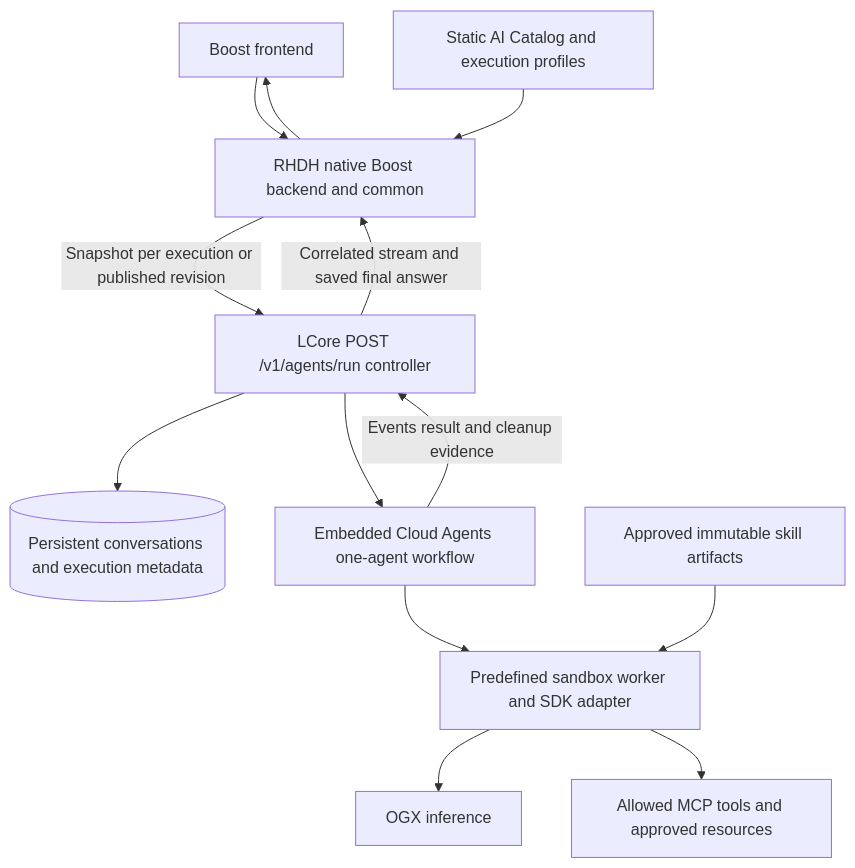
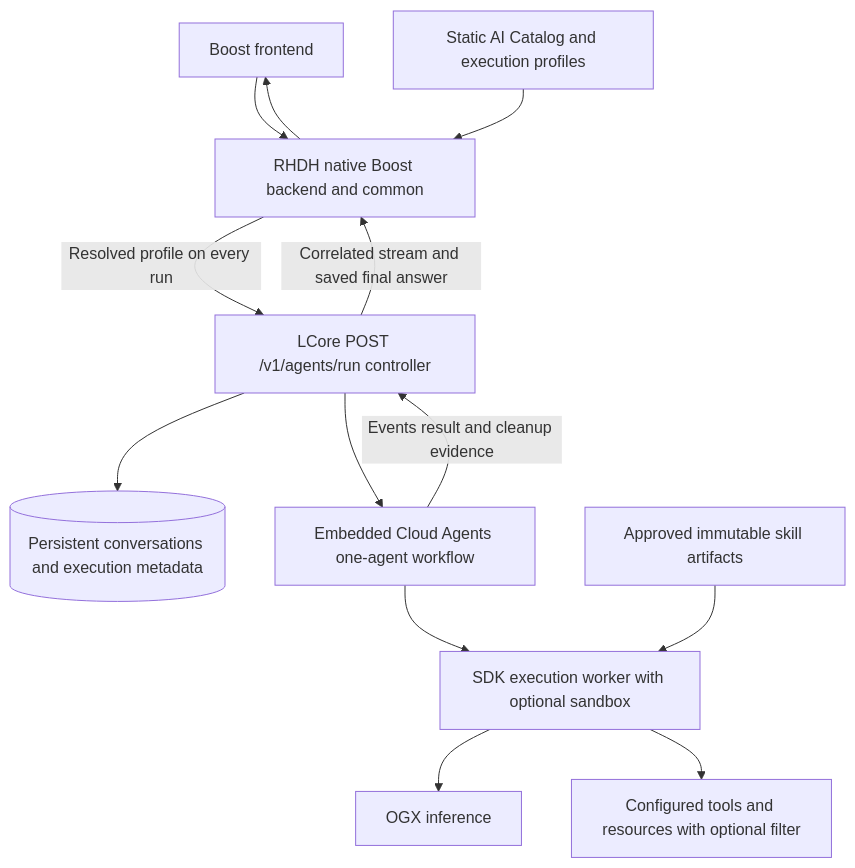
One commit to yangcao77/rhdh-agentic-chat-interface-design changed the diagram in diagrams/architecture.md. Above: the diagram before and after it, drawn with Mermaid. The commit also changed other lines of this file and 12 other files, not shown here.

````diff
--- a/diagrams/architecture.md
+++ b/diagrams/architecture.md
@@ -5,15 +5,15 @@
 ```mermaid
 flowchart TD
   UI[Boost frontend] --> R[RHDH native Boost backend and common]
   C[Static AI Catalog and execution profiles] --> R
-  R -->|Snapshot per execution or published revision| L[LCore POST /v1/agents/run controller]
+  R -->|Resolved profile on every run| L[LCore POST /v1/agents/run controller]
   L --> H[(Persistent conversations and execution metadata)]
   L --> W[Embedded Cloud Agents one-agent workflow]
-  W --> S[Predefined sandbox worker and SDK adapter]
+  W --> S[SDK execution worker with optional sandbox]
   S --> O[OGX inference]
-  S --> M[Allowed MCP tools and approved resources]
+  S --> M[Configured tools and resources with optional filter]
   A[Approved immutable skill artifacts] --> S
   W -->|Events result and cleanup evidence| L
   L -->|Correlated stream and saved final answer| R
   R --> UI
 ```
````
